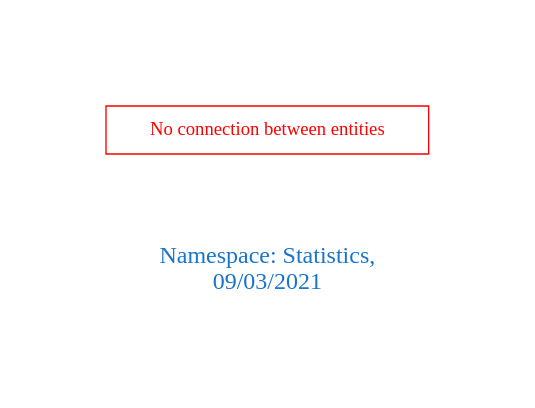
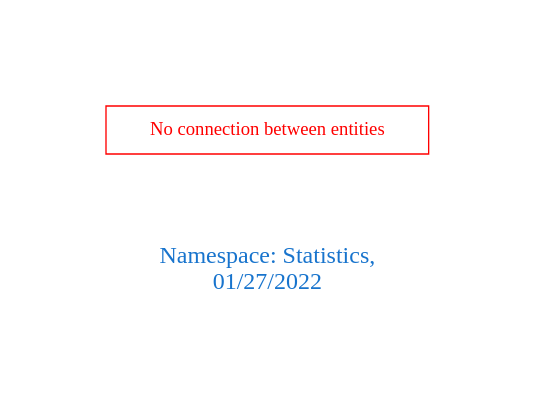
Before and after one commit to arago/OGIT: the diagram in downloads/Statistics.dot, drawn with Graphviz. The commit also changed 1937 other files, not shown here.

```diff
--- a/downloads/Statistics.dot
+++ b/downloads/Statistics.dot
@@ -1,9 +1,9 @@
 digraph OGIT_ontology {
  graph [ rankdir= LR,pad=1 
 fontsize = 18,
-fontcolor= dodgerblue3,label = "\n\n\nNamespace: Statistics, \n 09/03/2021"];
+fontcolor= dodgerblue3,label = "\n\n\nNamespace: Statistics, \n 01/27/2022"];
 node[shape=polygon];
 edge [  color="gray81"];
 
 "No connection between entities" [fontcolor = "red",color="red", shape="polygon"]
 }
```
